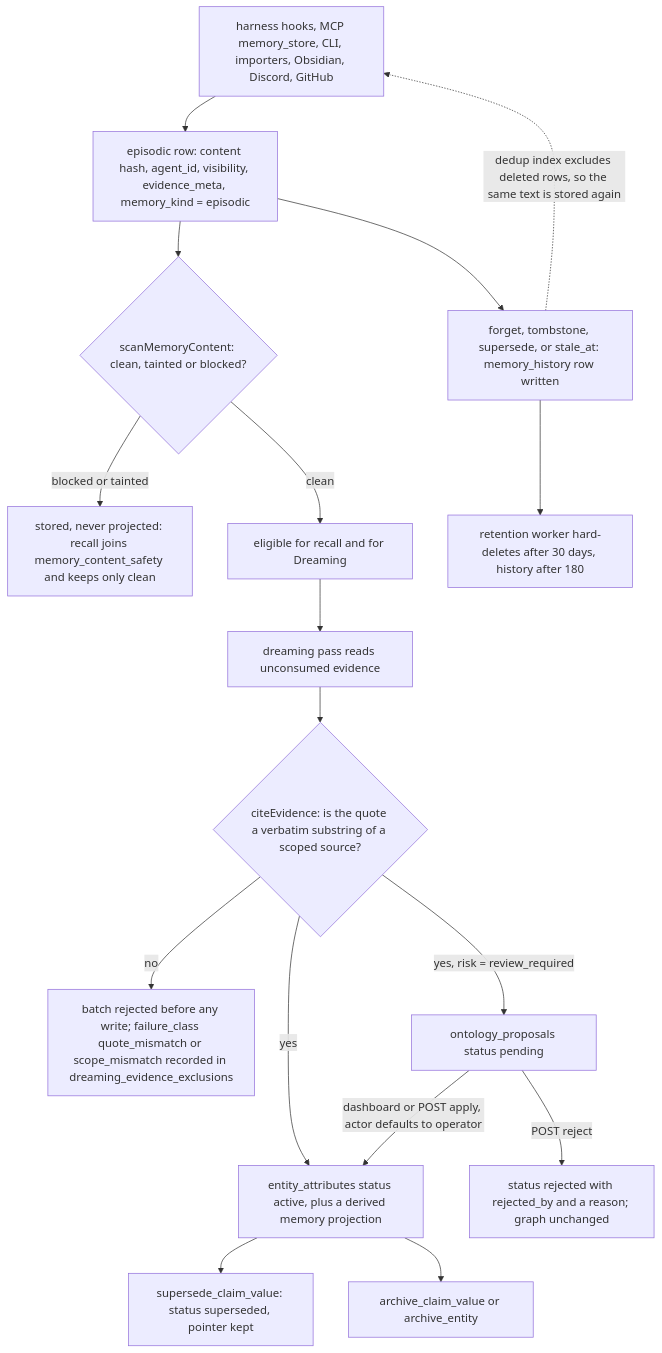
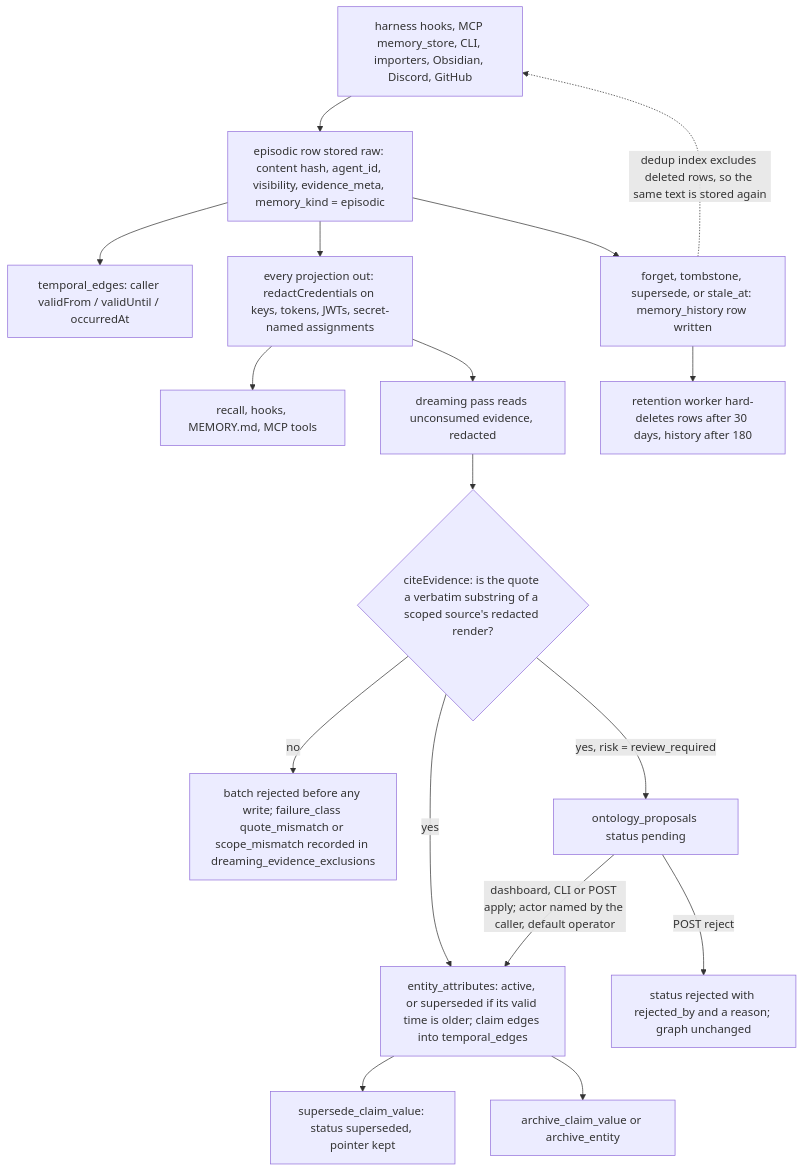
One commit to neoneye/agent-memory-atlas changed the diagram in content/systems/signetai.md. Above: the diagram before and after it, drawn with Mermaid. The commit also changed other lines of this file and 24 other files, not shown here.

First line of the commit message:
Signet AI at 131a90d: audit_log withdrawn for the 180-day history purge; credential redaction replaces the safety ledger; three marks

````diff
--- a/content/systems/signetai.md
+++ b/content/systems/signetai.md
@@ -58,20 +61,20 @@
 ```mermaid
-%% caption: evidence is immutable and belief is derived from it behind a quote gate; every route out of a belief leaves the evidence standing, and nothing keyed on a rejected value stops it being written back
+%% caption: evidence is immutable and belief is derived from it behind a quote gate checked against the same redacted text the model saw; every route out of a belief leaves the evidence standing, and nothing keyed on a rejected value stops it being written back
 flowchart TD
-  H["harness hooks, MCP memory_store, CLI, importers, Obsidian, Discord, GitHub"] --> E["episodic row: content hash, agent_id, visibility, evidence_meta, memory_kind = episodic"]
-  E --> S{"scanMemoryContent: clean, tainted or blocked?"}
-  S -->|"blocked or tainted"| Q["stored, never projected: recall joins memory_content_safety and keeps only clean"]
-  S -->|clean| R["eligible for recall and for Dreaming"]
-  R --> D["dreaming pass reads unconsumed evidence"]
-  D --> G{"citeEvidence: is the quote a verbatim substring of a scoped source?"}
+  H["harness hooks, MCP memory_store, CLI, importers, Obsidian, Discord, GitHub"] --> E["episodic row stored raw: content hash, agent_id, visibility, evidence_meta, memory_kind = episodic"]
+  E --> T["temporal_edges: caller validFrom / validUntil / occurredAt"]
+  E --> RD["every projection out: redactCredentials on keys, tokens, JWTs, secret-named assignments"]
+  RD --> R["recall, hooks, MEMORY.md, MCP tools"]
+  RD --> D["dreaming pass reads unconsumed evidence, redacted"]
+  D --> G{"citeEvidence: is the quote a verbatim substring of a scoped source's redacted render?"}
   G -->|no| X["batch rejected before any write; failure_class quote_mismatch or scope_mismatch recorded in dreaming_evidence_exclusions"]
   G -->|"yes, risk = review_required"| P["ontology_proposals status pending"]
-  G -->|yes| A["entity_attributes status active, plus a derived memory projection"]
-  P -->|"dashboard or POST apply, actor defaults to operator"| A
+  G -->|yes| A["entity_attributes: active, or superseded if its valid time is older; claim edges into temporal_edges"]
+  P -->|"dashboard, CLI or POST apply; actor named by the caller, default operator"| A
   P -->|"POST reject"| RJ["status rejected with rejected_by and a reason; graph unchanged"]
   A --> SU["supersede_claim_value: status superseded, pointer kept"]
   A --> AR["archive_claim_value or archive_entity"]
   E --> F["forget, tombstone, supersede, or stale_at: memory_history row written"]
-  F --> H2["retention worker hard-deletes after 30 days, history after 180"]
+  F --> H2["retention worker hard-deletes rows after 30 days, history after 180"]
   F -.->|"dedup index excludes deleted rows, so the same text is stored again"| H
 ```
````
